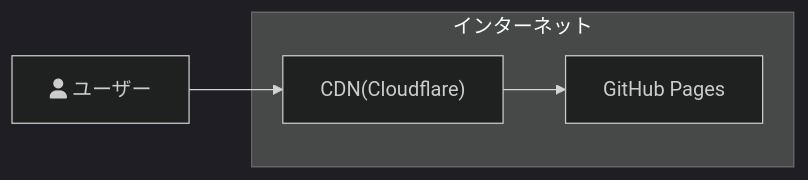
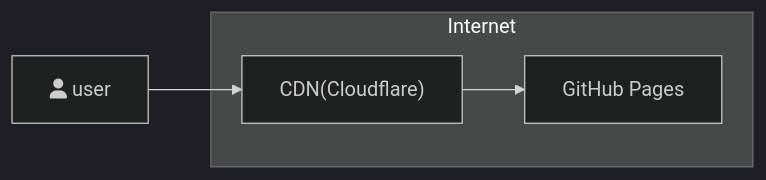
The diagram in src/content/blog/このサイトの技術構成について.mdx (kyana0817/blog), drawn with Mermaid (dark theme) before and after one commit.

Commit message:
:fire: mermaid in site-about

````diff
--- a/src/content/blog/このサイトの技術構成について.mdx
+++ b/src/content/blog/このサイトの技術構成について.mdx
@@ -43,10 +43,10 @@
 ```mermaid
 graph LR
-    user[fa:fa-user ユーザー]
+    user[fa:fa-user user]
     cdn["CDN(Cloudflare)"]
     github[GitHub Pages]
     user --> cdn    
-    subgraph インターネット
+    subgraph Internet
         cdn --> github
     end
 ```
````
